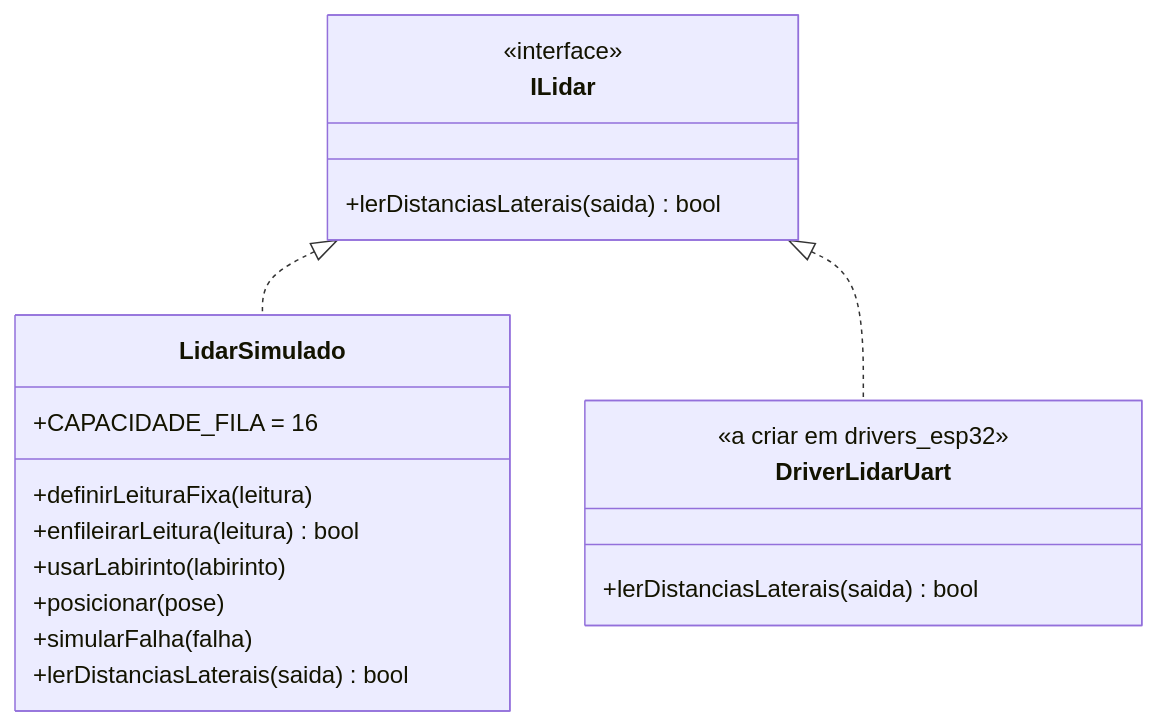
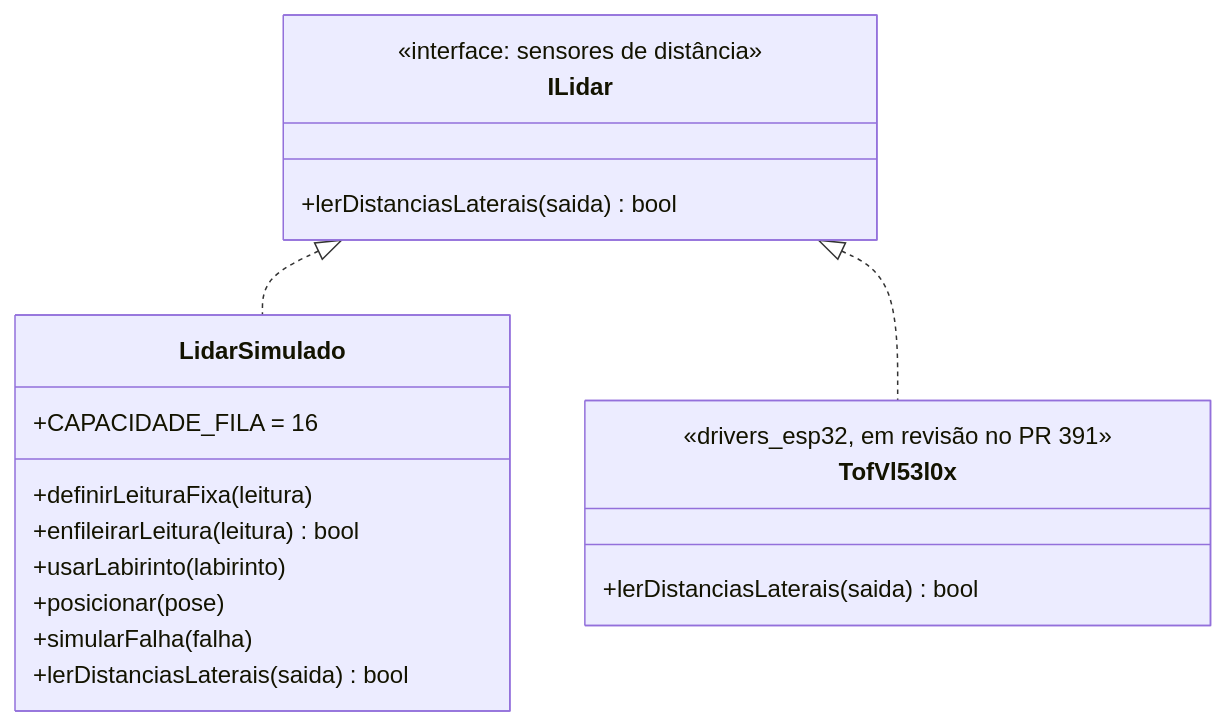
Before and after one commit to claudiohsc/2026_2_PI1_Grupo01_Hilmer-1: the third of 8 diagrams in docs/04-projeto-conceitual/firmware.md, drawn with Mermaid. The commit also changed other lines of this file and 1 other file, not shown here.

````diff
--- a/docs/04-projeto-conceitual/firmware.md
+++ b/docs/04-projeto-conceitual/firmware.md
@@ -147,22 +175,22 @@
 ```mermaid
 classDiagram
     class ILidar {
-        <<interface>>
+        <<interface: sensores de distância>>
         +lerDistanciasLaterais(saida) bool
     }
     class LidarSimulado {
         +CAPACIDADE_FILA = 16
         +definirLeituraFixa(leitura)
         +enfileirarLeitura(leitura) bool
         +usarLabirinto(labirinto)
         +posicionar(pose)
         +simularFalha(falha)
         +lerDistanciasLaterais(saida) bool
     }
-    class DriverLidarUart {
-        <<a criar em drivers_esp32>>
+    class TofVl53l0x {
+        <<drivers_esp32, em revisão no PR 391>>
         +lerDistanciasLaterais(saida) bool
     }
     ILidar <|.. LidarSimulado
-    ILidar <|.. DriverLidarUart
+    ILidar <|.. TofVl53l0x
 ```
````
